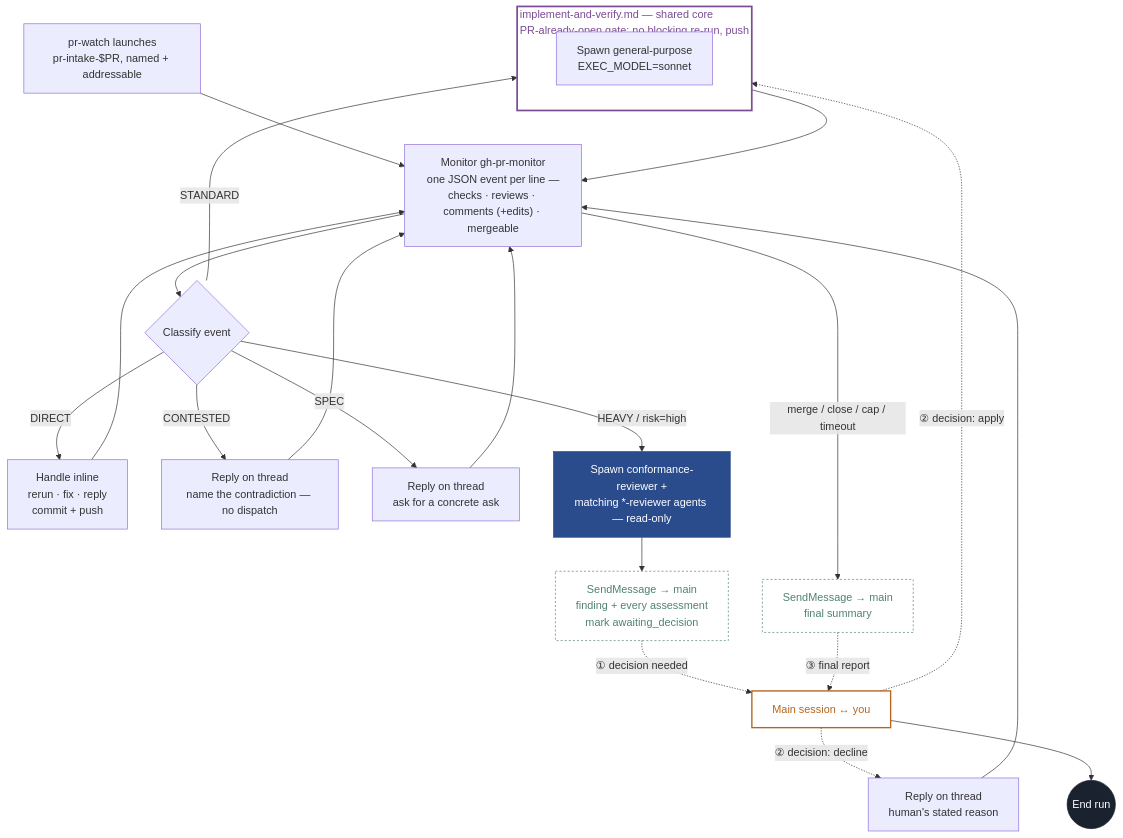
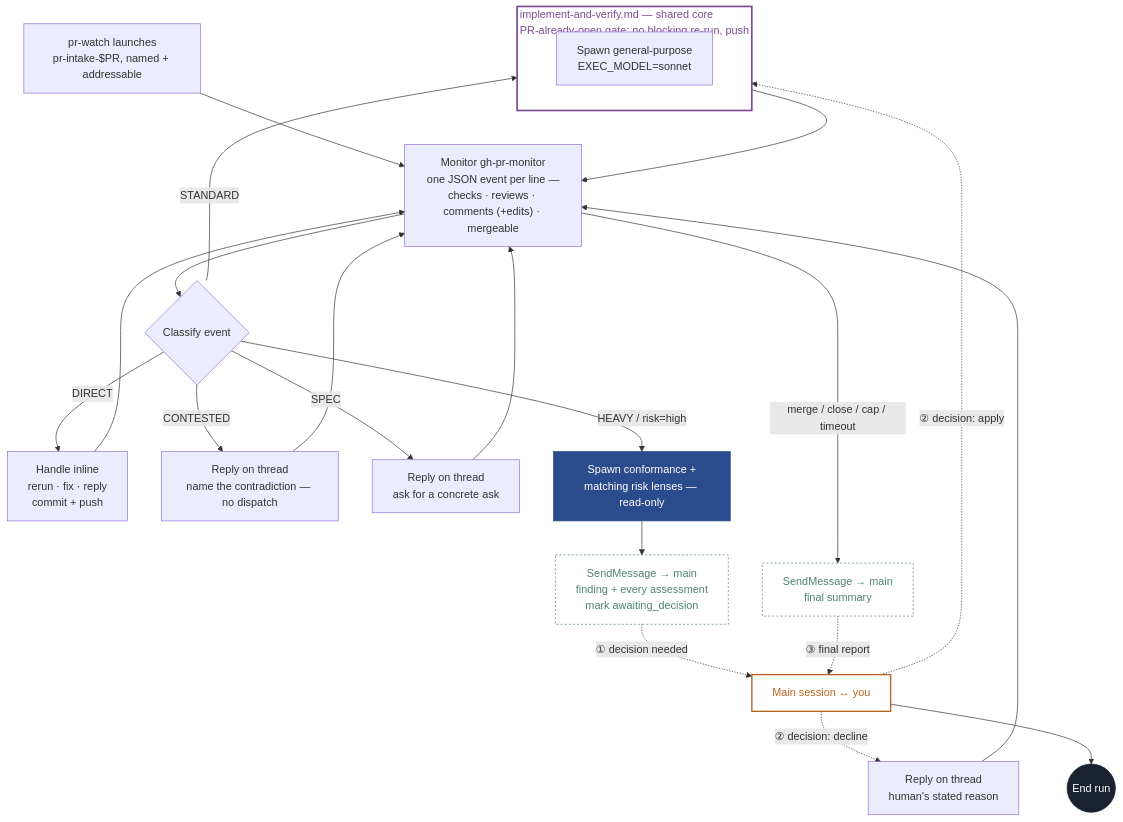
The eighth of 8 diagrams in README.md (aanojima/software-factory), drawn with Mermaid before and after one commit. The commit also changed other lines of this file and 52 other files, not shown here.

````diff
--- a/README.md
+++ b/README.md
@@ -344,36 +350,36 @@
 ```mermaid
 flowchart TD
     classDef advisory fill:transparent,stroke:#4F8272,color:#4F8272,stroke-width:1px,stroke-dasharray:3 3;
     classDef block fill:#2B4C8C,stroke:#2B4C8C,color:#fff;
     classDef gate fill:transparent,stroke:#B5651D,color:#B5651D,stroke-width:2px;
     classDef terminal fill:#1A2230,stroke:#1A2230,color:#fff;
     classDef core fill:transparent,stroke:#7B4B94,color:#7B4B94,stroke-width:2.5px;
     A["pr-watch launches<br/>pr-intake-$PR, named + addressable"] --> B["Monitor gh-pr-monitor<br/>one JSON event per line —<br/>checks · reviews · comments (+edits) · mergeable"]
     B --> C{"Classify event"}
     C -->|DIRECT| D1["Handle inline<br/>rerun · fix · reply<br/>commit + push"]
     subgraph CORE4["implement-and-verify.md — shared core<br/>PR-already-open gate: no blocking re-run, push"]
         direction TB
         D2["Spawn general-purpose<br/>EXEC_MODEL=sonnet"]
     end
     C -->|STANDARD| D2
     C -->|CONTESTED| D3c["Reply on thread<br/>name the contradiction — no dispatch"]
     C -->|SPEC| D3["Reply on thread<br/>ask for a concrete ask"]
-    C -->|"HEAVY / risk=high"| D4["Spawn conformance-reviewer +<br/>matching *-reviewer agents — read-only"]
+    C -->|"HEAVY / risk=high"| D4["Spawn conformance +<br/>matching risk lenses — read-only"]
     D4 --> E["SendMessage → main<br/>finding + every assessment<br/>mark awaiting_decision"]
     E -.->|"① decision needed"| M["Main session ↔ you"]
     M -.->|"② decision: apply"| D2
     M -.->|"② decision: decline"| Fd["Reply on thread<br/>human's stated reason"]
     D1 --> B
     D2 --> B
     D3 --> B
     D3c --> B
     Fd --> B
     B -->|merge / close / cap / timeout| G["SendMessage → main<br/>final summary"]
     G -.->|"③ final report"| M
     M --> H(("End run"))
     class D4 block
     class E,G advisory
     class M gate
     class H terminal
     class CORE4 core
 ```
````
